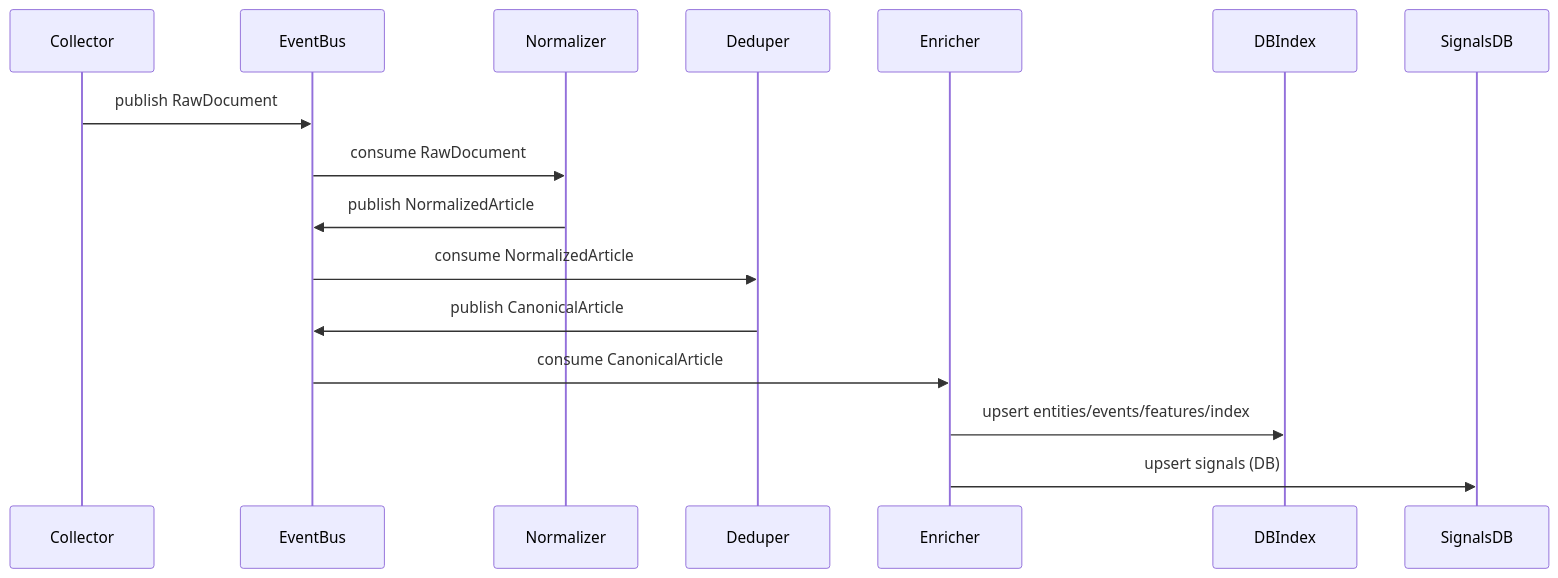
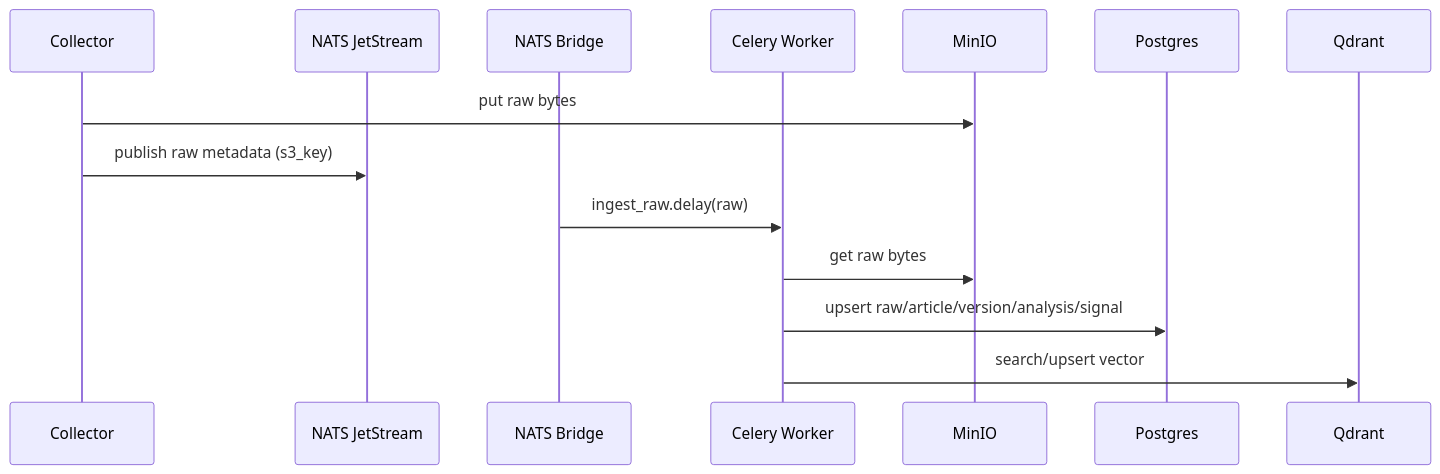
The second of 2 diagrams in README.md (1376524890/tx-news), drawn with Mermaid before and after one commit. The commit also changed other lines of this file and 1 other file, not shown here.

````diff
--- a/README.md
+++ b/README.md
@@ -78,19 +322,16 @@
 ```mermaid
 sequenceDiagram
   participant Collector
-  participant Bus as EventBus
-  participant Norm as Normalizer
-  participant Dedup as Deduper
-  participant Enrich as Enricher
-  participant Store as DBIndex
-  participant Signals as SignalsDB
-
-  Collector->>Bus: publish RawDocument
-  Bus->>Norm: consume RawDocument
-  Norm->>Bus: publish NormalizedArticle
-  Bus->>Dedup: consume NormalizedArticle
-  Dedup->>Bus: publish CanonicalArticle
-  Bus->>Enrich: consume CanonicalArticle
-  Enrich->>Store: upsert entities/events/features/index
-  Enrich->>Signals: upsert signals (DB)
+  participant NATS as NATS JetStream
+  participant Bridge as NATS Bridge
+  participant Celery as Celery Worker
+  participant S3 as MinIO
+  participant PG as Postgres
+  participant Q as Qdrant
+  Collector->>S3: put raw bytes
+  Collector->>NATS: publish raw metadata (s3_key)
+  Bridge->>Celery: ingest_raw.delay(raw)
+  Celery->>S3: get raw bytes
+  Celery->>PG: upsert raw/article/version/analysis/signal
+  Celery->>Q: search/upsert vector
 ```
````
